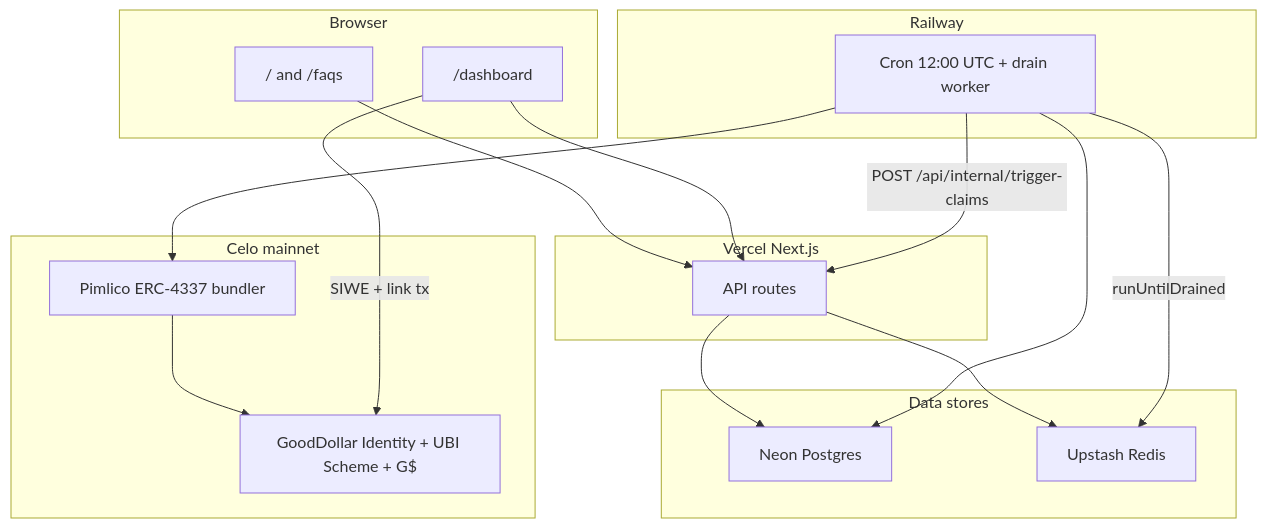
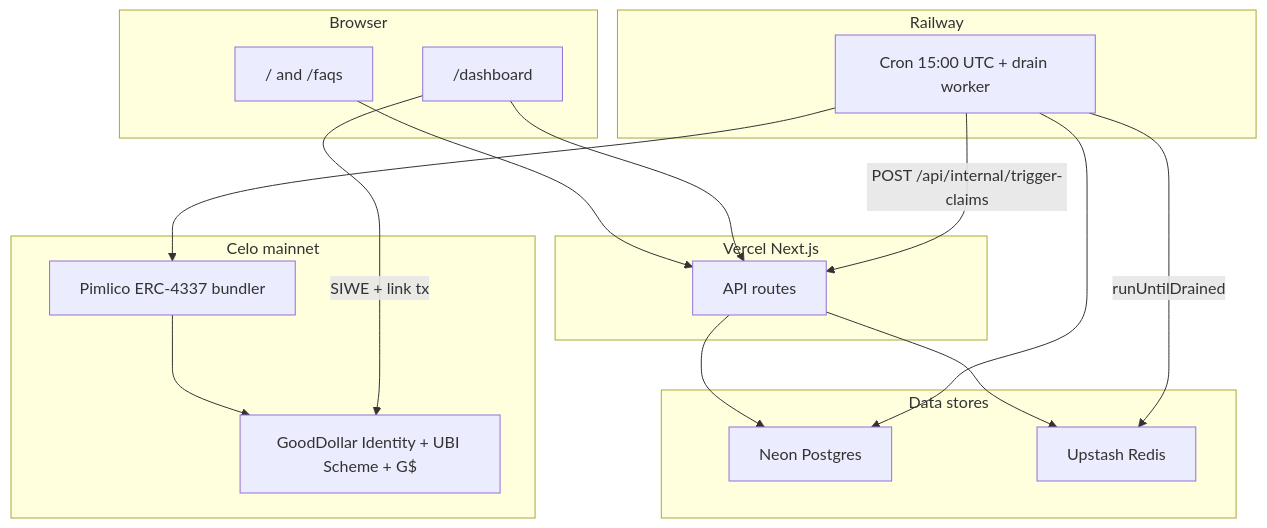
Before and after one commit to andrewkimjoseph/goclaim-app: the first of 2 diagrams in README.md, drawn with Mermaid. The commit also changed other lines of this file and 3 other files, not shown here.

Commit message:
Move daily claim cron from 12:00 to 15:00 UTC.

````diff
--- a/README.md
+++ b/README.md
@@ -9,36 +9,36 @@
 ```mermaid
 flowchart TB
   subgraph client [Browser]
     Landing["/ and /faqs"]
     Dashboard["/dashboard"]
   end
 
   subgraph vercel [Vercel Next.js]
     API["API routes"]
   end
 
   subgraph data [Data stores]
     Neon["Neon Postgres"]
     Redis["Upstash Redis"]
   end
 
   subgraph railway [Railway]
-    Cron["Cron 12:00 UTC + drain worker"]
+    Cron["Cron 15:00 UTC + drain worker"]
   end
 
   subgraph chain [Celo mainnet]
     GD["GoodDollar Identity + UBI Scheme + G$"]
     Pimlico["Pimlico ERC-4337 bundler"]
   end
 
   Landing --> API
   Dashboard --> API
   API --> Neon
   Cron -->|"POST /api/internal/trigger-claims"| API
   API --> Redis
   Cron -->|"runUntilDrained"| Redis
   Cron --> Neon
   Cron --> Pimlico
   Pimlico --> GD
   Dashboard -->|"SIWE + link tx"| GD
 ```
````
